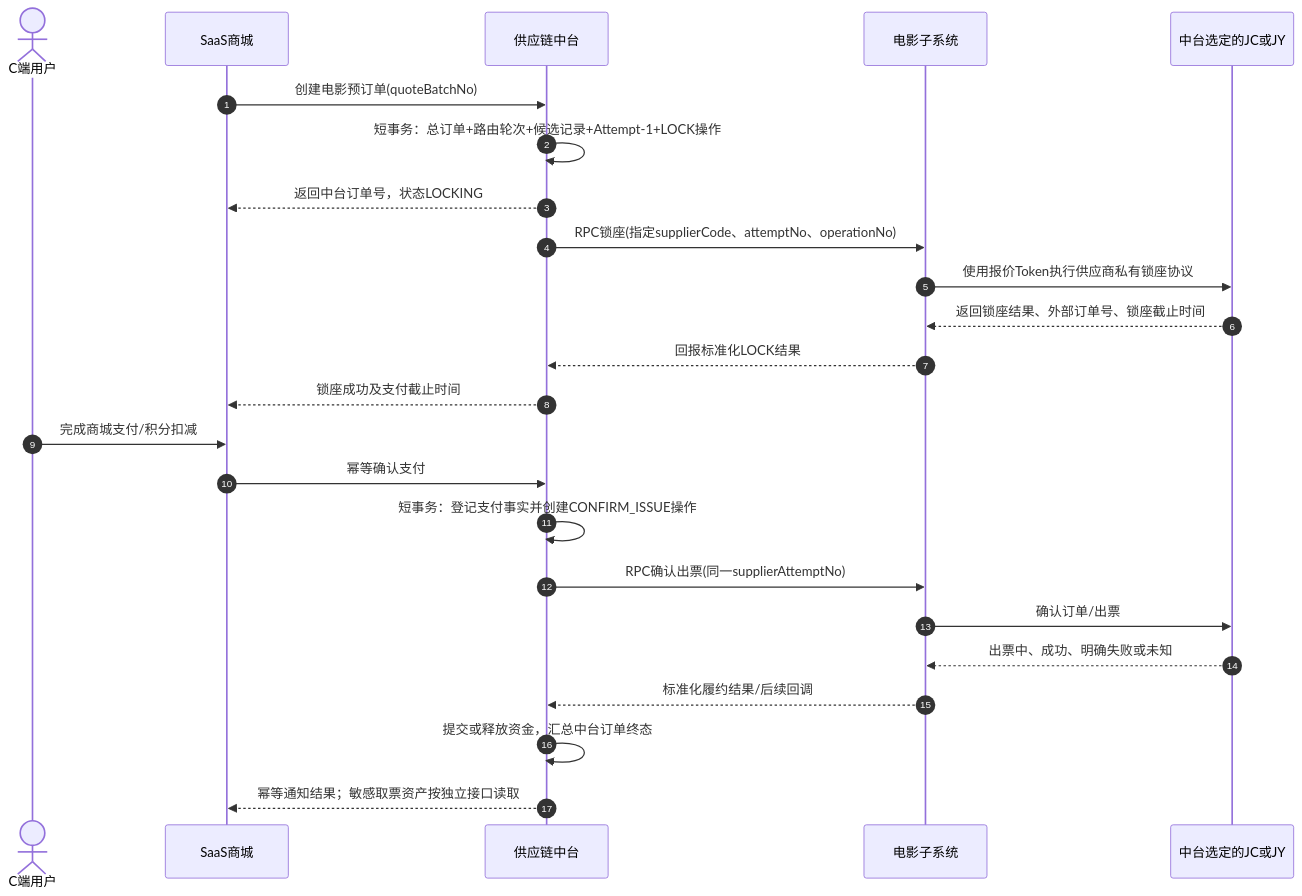
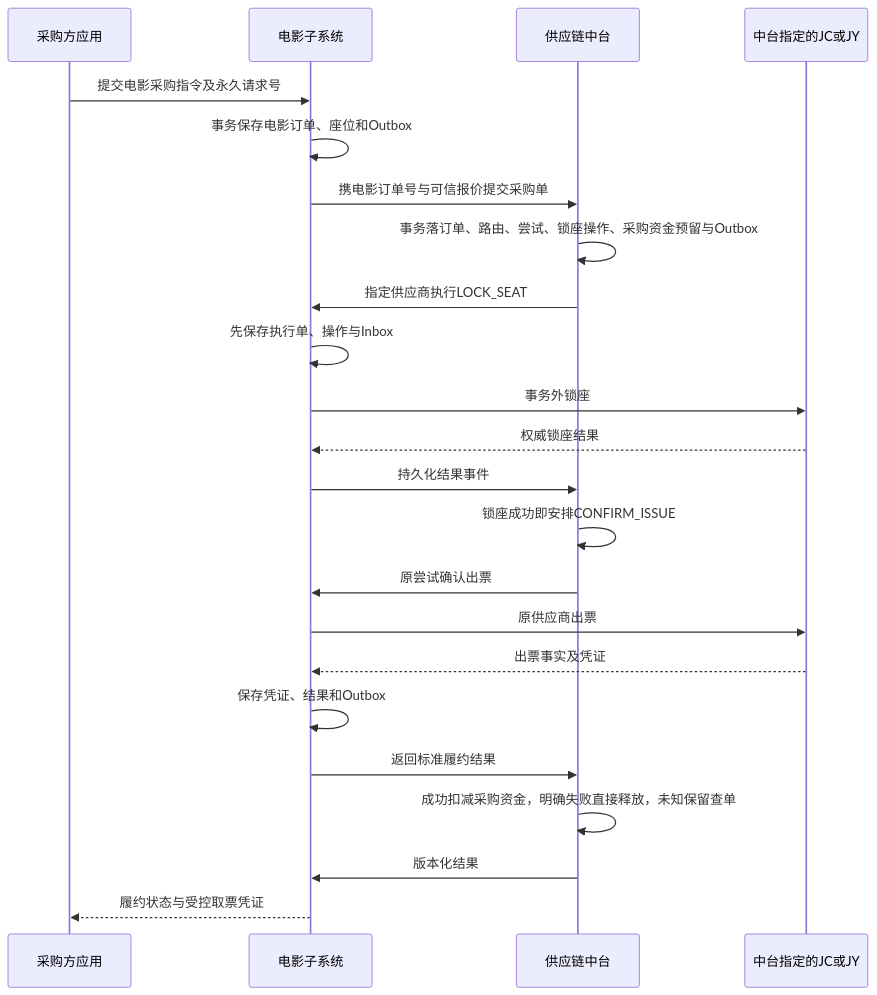
One commit to zwye1986/supply-hub changed the second of 2 diagrams in docs/电影子系统与中台履约详细设计.md. Above: the diagram before and after it, drawn with Mermaid. The commit also changed other lines of this file and 22 other files, not shown here.

````diff
--- a/docs/电影子系统与中台履约详细设计.md
+++ b/docs/电影子系统与中台履约详细设计.md
@@ -482,27 +316,25 @@
 ```mermaid
 sequenceDiagram
-    autonumber
-    actor User as C端用户
-    participant Mall as SaaS商城
+    participant Caller as 采购方应用
+    participant Movie as 电影子系统
     participant SC as 供应链中台
-    participant Movie as 电影子系统
-    participant Supplier as 中台选定的JC或JY
-
-    Mall->>SC: 创建电影预订单(quoteBatchNo)
-    SC->>SC: 短事务：总订单+路由轮次+候选记录+Attempt-1+LOCK操作
-    SC-->>Mall: 返回中台订单号，状态LOCKING
-    SC->>Movie: RPC锁座(指定supplierCode、attemptNo、operationNo)
-    Movie->>Supplier: 使用报价Token执行供应商私有锁座协议
-    Supplier-->>Movie: 返回锁座结果、外部订单号、锁座截止时间
-    Movie-->>SC: 回报标准化LOCK结果
-    SC-->>Mall: 锁座成功及支付截止时间
-    User->>Mall: 完成商城支付/积分扣减
-    Mall->>SC: 幂等确认支付
-    SC->>SC: 短事务：登记支付事实并创建CONFIRM_ISSUE操作
-    SC->>Movie: RPC确认出票(同一supplierAttemptNo)
-    Movie->>Supplier: 确认订单/出票
-    Supplier-->>Movie: 出票中、成功、明确失败或未知
-    Movie-->>SC: 标准化履约结果/后续回调
-    SC->>SC: 提交或释放资金，汇总中台订单终态
-    SC-->>Mall: 幂等通知结果；敏感取票资产按独立接口读取
+    participant Supplier as 中台指定的JC或JY
+    Caller->>Movie: 提交电影采购指令及永久请求号
+    Movie->>Movie: 事务保存电影订单、座位和Outbox
+    Movie->>SC: 携电影订单号与可信报价提交采购单
+    SC->>SC: 事务落订单、路由、尝试、锁座操作、采购资金预留与Outbox
+    SC->>Movie: 指定供应商执行LOCK_SEAT
+    Movie->>Movie: 先保存执行单、操作与Inbox
+    Movie->>Supplier: 事务外锁座
+    Supplier-->>Movie: 权威锁座结果
+    Movie->>SC: 持久化结果事件
+    SC->>SC: 锁座成功即安排CONFIRM_ISSUE
+    SC->>Movie: 原尝试确认出票
+    Movie->>Supplier: 原供应商出票
+    Supplier-->>Movie: 出票事实及凭证
+    Movie->>Movie: 保存凭证、结果和Outbox
+    Movie->>SC: 返回标准履约结果
+    SC->>SC: 成功扣减采购资金，明确失败直接释放，未知保留查单
+    SC->>Movie: 版本化结果
+    Movie-->>Caller: 履约状态与受控取票凭证
 ```
````
